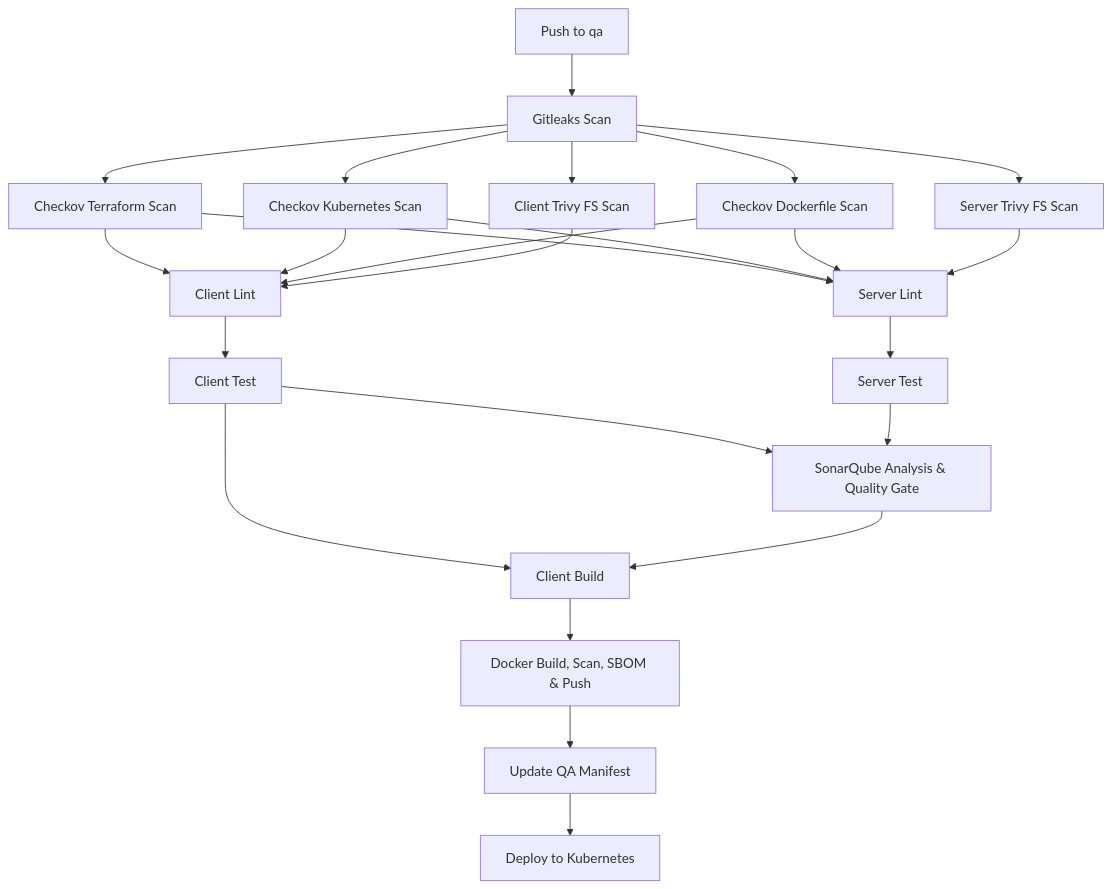
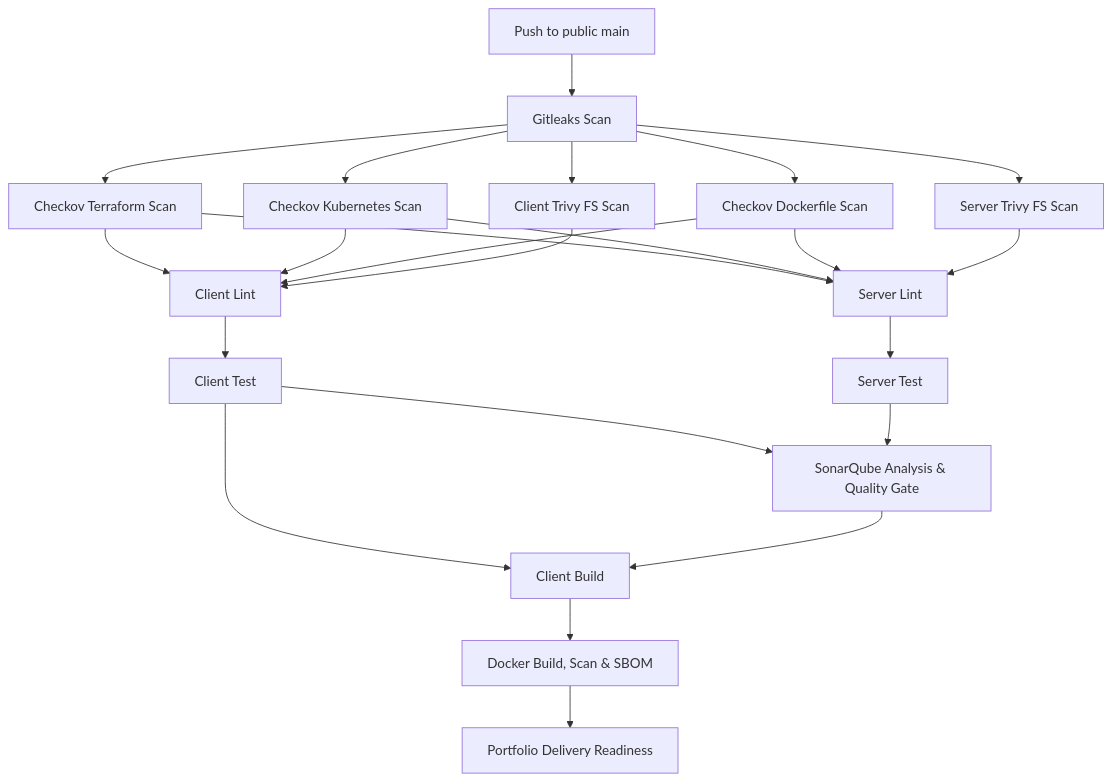
The second of 2 diagrams in docs/ci-cd-pipeline.md (DeucesDevops/enterprise-devsecops-eks-platform), drawn with Mermaid before and after one commit. The commit also changed other lines of this file and 2 other files, not shown here.

Commit message:
Show DevSecOps pipeline on public main

````diff
--- a/docs/ci-cd-pipeline.md
+++ b/docs/ci-cd-pipeline.md
@@ -32,26 +32,25 @@
 ```mermaid
 flowchart TB
-  START["Push to qa"] --> GITLEAKS["Gitleaks Scan"]
+  START["Push to public main"] --> GITLEAKS["Gitleaks Scan"]
   GITLEAKS --> CHECKOV_TF["Checkov Terraform Scan"]
   GITLEAKS --> CHECKOV_K8S["Checkov Kubernetes Scan"]
   GITLEAKS --> CHECKOV_DOCKER["Checkov Dockerfile Scan"]
   GITLEAKS --> CLIENT_TRIVY["Client Trivy FS Scan"]
   GITLEAKS --> SERVER_TRIVY["Server Trivy FS Scan"]
   CHECKOV_TF --> CLIENT_LINT["Client Lint"]
   CHECKOV_K8S --> CLIENT_LINT
   CHECKOV_DOCKER --> CLIENT_LINT
   CLIENT_TRIVY --> CLIENT_LINT
   CHECKOV_TF --> SERVER_LINT["Server Lint"]
   CHECKOV_K8S --> SERVER_LINT
   CHECKOV_DOCKER --> SERVER_LINT
   SERVER_TRIVY --> SERVER_LINT
   CLIENT_LINT --> CLIENT_TEST["Client Test"]
   SERVER_LINT --> SERVER_TEST["Server Test"]
   CLIENT_TEST --> SONAR["SonarQube Analysis & Quality Gate"]
   SERVER_TEST --> SONAR
   CLIENT_TEST --> CLIENT_BUILD["Client Build"]
   SONAR --> CLIENT_BUILD
-  CLIENT_BUILD --> DOCKER["Docker Build, Scan, SBOM & Push"]
-  DOCKER --> MANIFEST["Update QA Manifest"]
-  MANIFEST --> DEPLOY["Deploy to Kubernetes"]
+  CLIENT_BUILD --> DOCKER["Docker Build, Scan & SBOM"]
+  DOCKER --> READY["Portfolio Delivery Readiness"]
 ```
````
